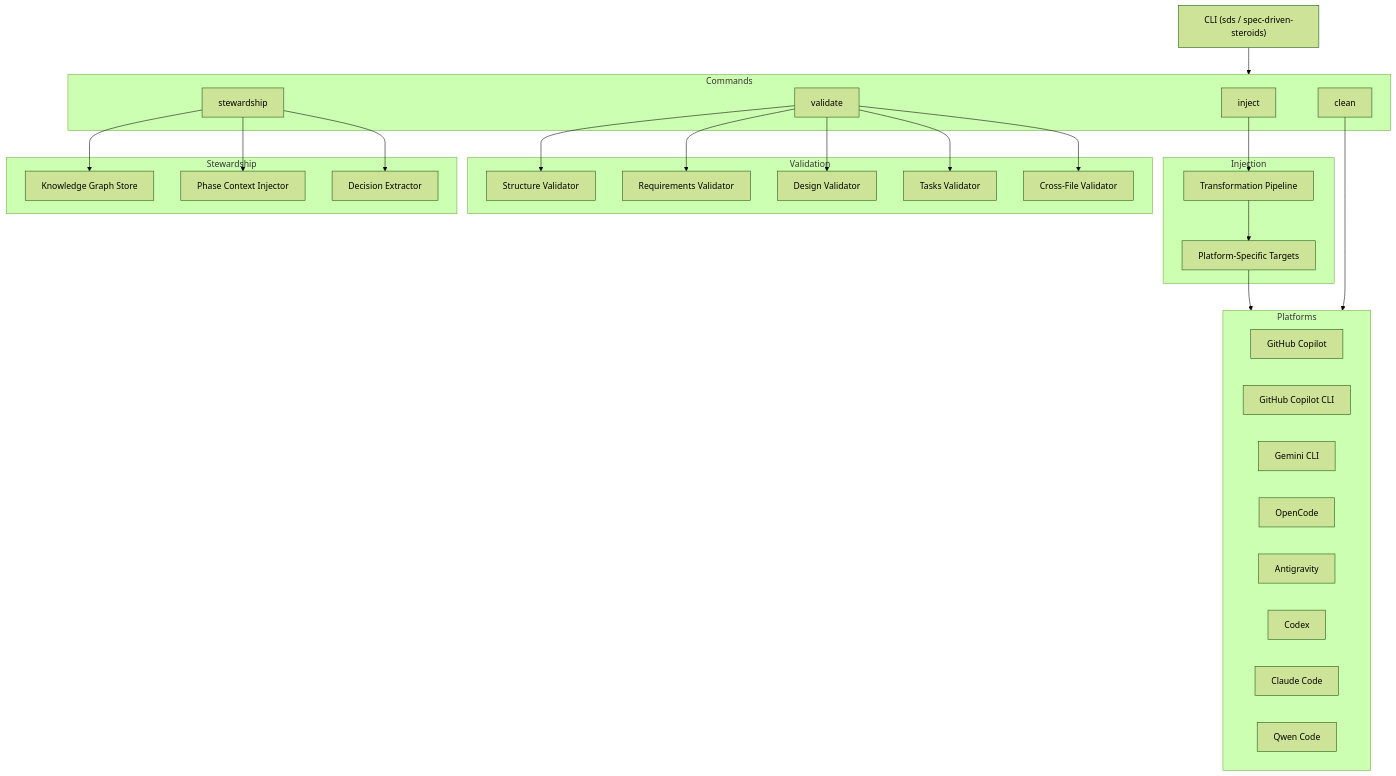
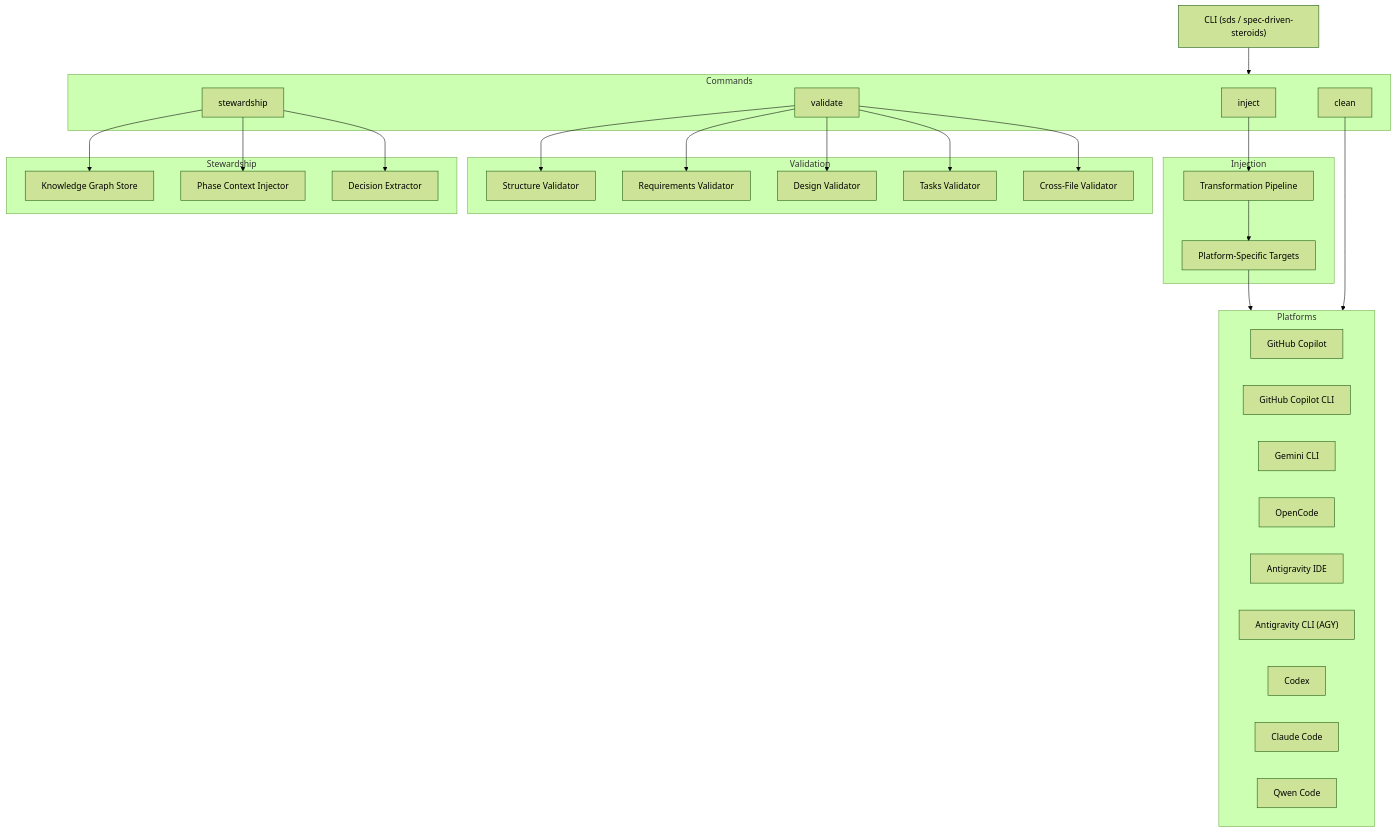
The first of 3 diagrams in ARCHITECTURE.md (lindoelio/spec-driven-steroids), drawn with Mermaid (forest theme) before and after one commit. The commit also changed 11 other files, not shown here.

First line of the commit message:
feat: add Antigravity IDE global scope and Antigravity CLI (AGY) support

````diff
--- a/ARCHITECTURE.md
+++ b/ARCHITECTURE.md
@@ -9,41 +9,42 @@
 ```mermaid
 flowchart TB
     CLI["CLI (sds / spec-driven-steroids)"]
     subgraph Commands
         INJECT["inject"]
         VALIDATE["validate"]
         STEWARD["stewardship"]
         CLEAN["clean"]
     end
     subgraph Injection
         TP["Transformation Pipeline"]
         PST["Platform-Specific Targets"]
     end
     subgraph Validation
         VS["Structure Validator"]
         VR["Requirements Validator"]
         VD["Design Validator"]
         VT["Tasks Validator"]
         VX["Cross-File Validator"]
     end
     subgraph Stewardship
         KG["Knowledge Graph Store"]
         PM["Phase Context Injector"]
         EXT["Decision Extractor"]
     end
     subgraph Platforms
         GH["GitHub Copilot"]
         GCLI["GitHub Copilot CLI"]
         GEM["Gemini CLI"]
         OC["OpenCode"]
-        AG["Antigravity"]
+        AG["Antigravity IDE"]
+        AGCLI["Antigravity CLI (AGY)"]
         CDX["Codex"]
         CC["Claude Code"]
         QC["Qwen Code"]
     end
     CLI --> Commands
     INJECT --> TP --> PST --> Platforms
     VALIDATE --> VS & VR & VD & VT & VX
     STEWARD --> KG & PM & EXT
     CLEAN --> Platforms
 ```
````
